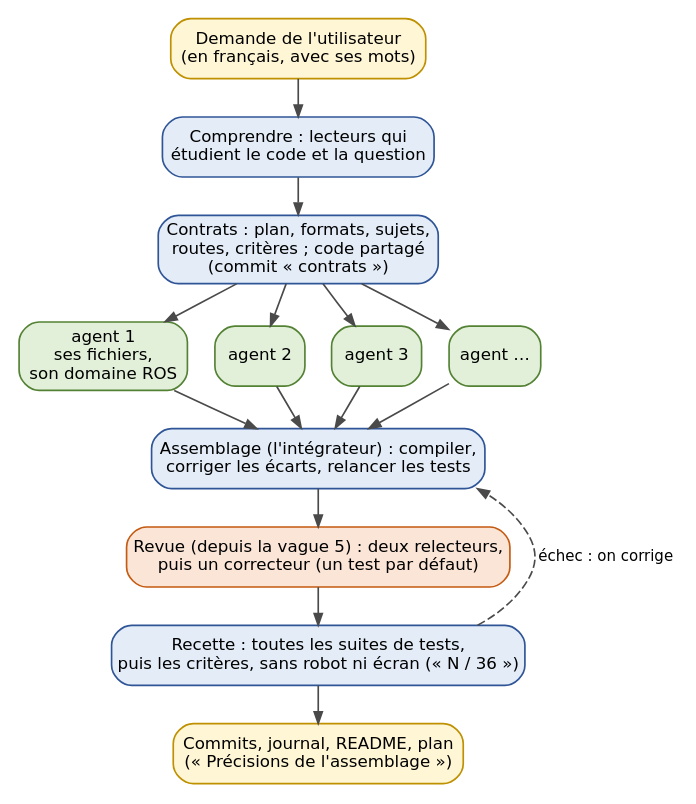
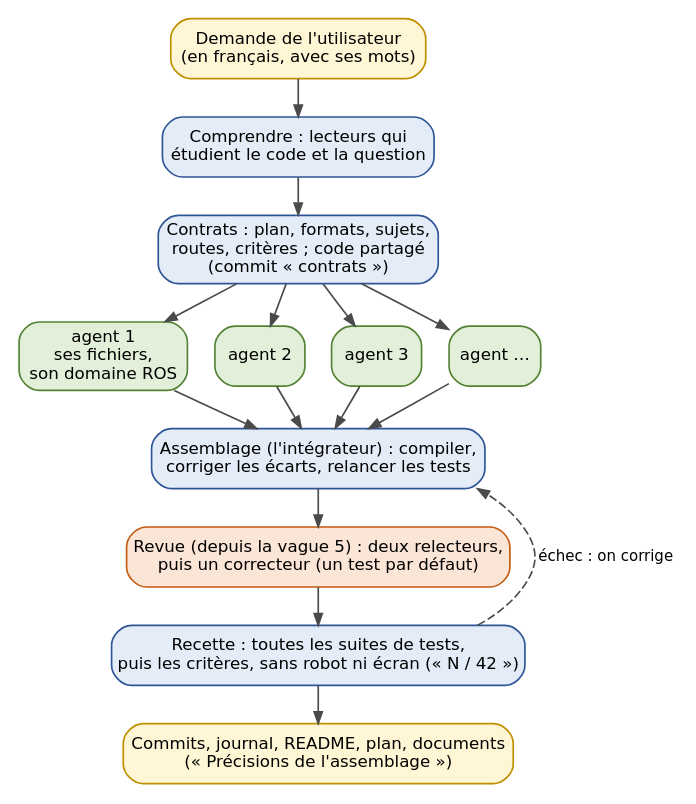
One commit to Toyer719/UnitreeG1edu_ESME changed the diagram in docs/word/sources/logiciel/schemas/methode.dot. Above: the diagram before and after it, drawn with Graphviz. The commit also changed 30 other files, not shown here.

```diff
--- a/docs/word/sources/logiciel/schemas/methode.dot
+++ b/docs/word/sources/logiciel/schemas/methode.dot
@@ -1,25 +1,25 @@
 // La méthode d'une vague (chapitre 10)
 digraph methode {
   graph [fontname="DejaVu Sans", fontsize=10.5, rankdir=TB, nodesep=0.22, ranksep=0.3, newrank=true];
   node  [fontname="DejaVu Sans", fontsize=10, shape=box, style="rounded,filled", fillcolor="#E3ECF7", color="#2F5597", margin="0.10,0.05"];
   edge  [fontname="DejaVu Sans", fontsize=9, color="#4A4A4A", arrowsize=0.7];
 
   demande [label="Demande de l'utilisateur\n(en français, avec ses mots)", fillcolor="#FFF6D5", color="#BF9000"];
   comprendre [label="Comprendre : lecteurs qui\nétudient le code et la question"];
   contrats [label="Contrats : plan, formats, sujets,\nroutes, critères ; code partagé\n(commit « contrats »)"];
   a1 [label="agent 1\nses fichiers,\nson domaine ROS", fillcolor="#E2F0D9", color="#548235"];
   a2 [label="agent 2", fillcolor="#E2F0D9", color="#548235"];
   a3 [label="agent 3", fillcolor="#E2F0D9", color="#548235"];
   a4 [label="agent …", fillcolor="#E2F0D9", color="#548235"];
   assemblage [label="Assemblage (l'intégrateur) : compiler,\ncorriger les écarts, relancer les tests"];
   revue [label="Revue (depuis la vague 5) : deux relecteurs,\npuis un correcteur (un test par défaut)", fillcolor="#FBE5D6", color="#C55A11"];
-  recette [label="Recette : toutes les suites de tests,\npuis les critères, sans robot ni écran (« N / 36 »)"];
-  livraison [label="Commits, journal, README, plan\n(« Précisions de l'assemblage »)", fillcolor="#FFF6D5", color="#BF9000"];
+  recette [label="Recette : toutes les suites de tests,\npuis les critères, sans robot ni écran (« N / 42 »)"];
+  livraison [label="Commits, journal, README, plan, documents\n(« Précisions de l'assemblage »)", fillcolor="#FFF6D5", color="#BF9000"];
 
   demande -> comprendre -> contrats;
   contrats -> a1; contrats -> a2; contrats -> a3; contrats -> a4;
   a1 -> assemblage; a2 -> assemblage; a3 -> assemblage; a4 -> assemblage;
   assemblage -> revue -> recette -> livraison;
   recette -> assemblage [label=" échec : on corrige", style=dashed, constraint=false];
   {rank=same; a1; a2; a3; a4}
 }
```
